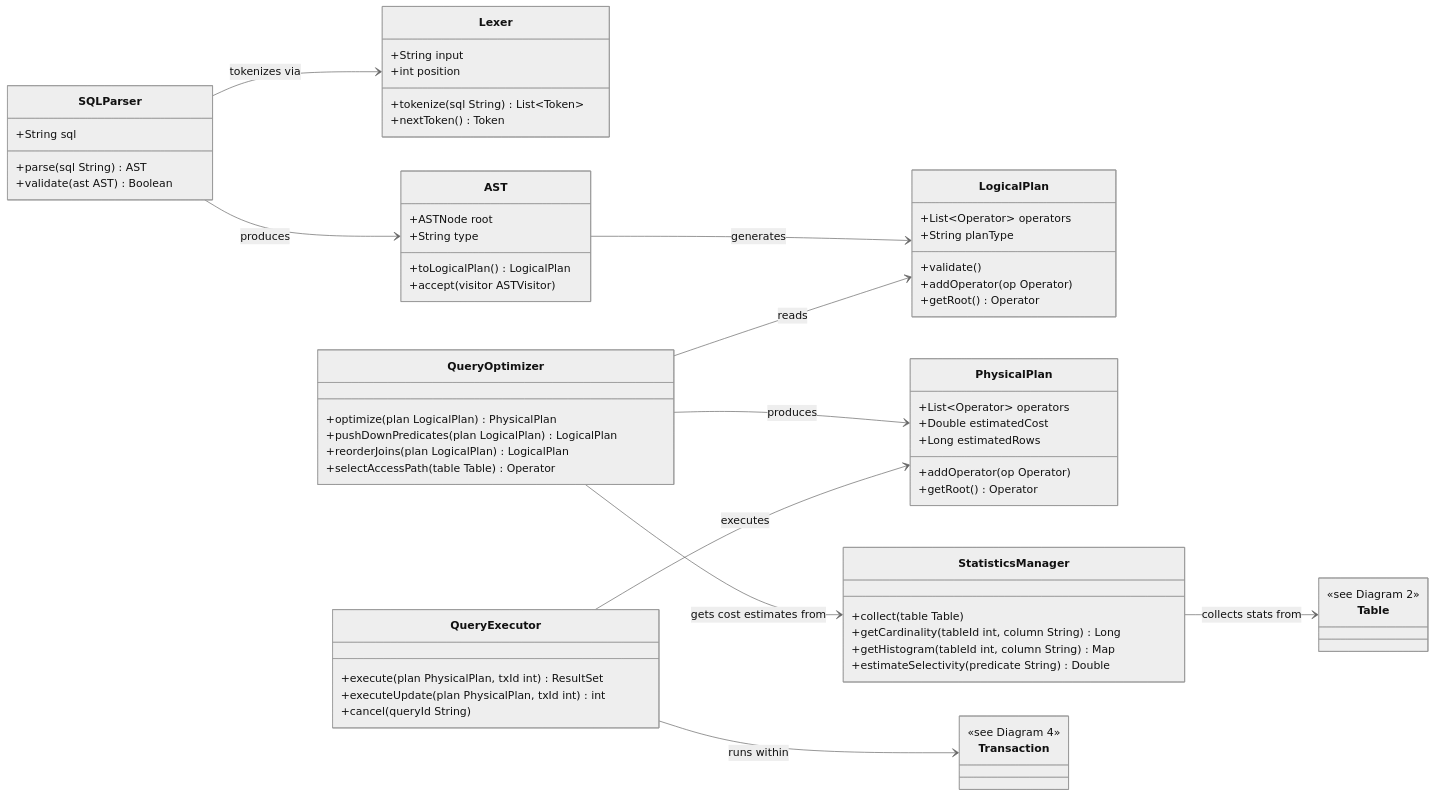
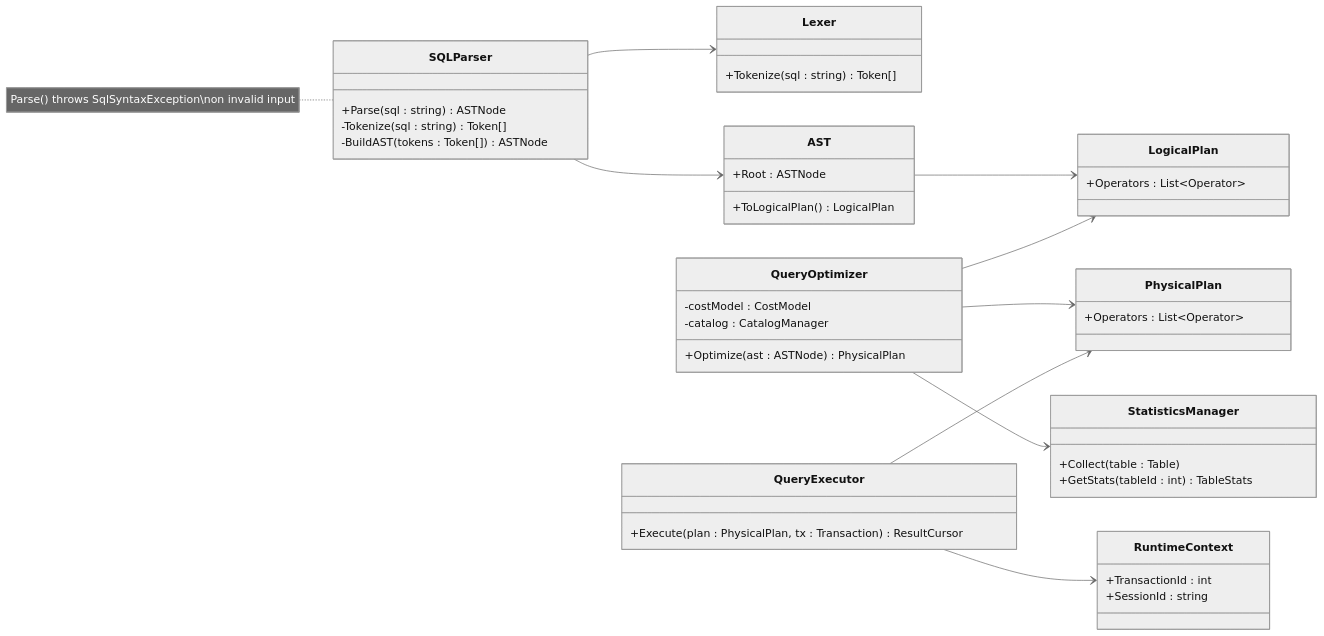
Before and after one commit to Hagiakhanh/bbv-dbms: the seventh of 9 diagrams in README.md, drawn with Mermaid (neutral theme). The commit also changed other lines of this file, not shown here.

Commit message:
list integration test

````diff
--- a/README.md
+++ b/README.md
@@ -601,78 +1123,47 @@
 ```mermaid
 classDiagram
 direction LR
-
-    class SQLParser {
-        +String sql
-        +parse(sql String) AST
-        +validate(ast AST) Boolean
-    }
-
-    class Lexer {
-        +String input
-        +int position
-        +tokenize(sql String) List~Token~
-        +nextToken() Token
-    }
-
-    class AST {
-        +ASTNode root
-        +String type
-        +toLogicalPlan() LogicalPlan
-        +accept(visitor ASTVisitor)
-    }
-
-    class LogicalPlan {
-        +List~Operator~ operators
-        +String planType
-        +validate()
-        +addOperator(op Operator)
-        +getRoot() Operator
-    }
-
-    class PhysicalPlan {
-        +List~Operator~ operators
-        +Double estimatedCost
-        +Long estimatedRows
-        +addOperator(op Operator)
-        +getRoot() Operator
-    }
-
-    class QueryOptimizer {
-        +optimize(plan LogicalPlan) PhysicalPlan
-        +pushDownPredicates(plan LogicalPlan) LogicalPlan
-        +reorderJoins(plan LogicalPlan) LogicalPlan
-        +selectAccessPath(table Table) Operator
-    }
-
-    class QueryExecutor {
-        +execute(plan PhysicalPlan, txId int) ResultSet
-        +executeUpdate(plan PhysicalPlan, txId int) int
-        +cancel(queryId String)
-    }
-
-    class StatisticsManager {
-        +collect(table Table)
-        +getCardinality(tableId int, column String) Long
-        +getHistogram(tableId int, column String) Map
-        +estimateSelectivity(predicate String) Double
-    }
-
-    class Table {
-        <<see Diagram 2>>
-    }
-
-    class Transaction {
-        <<see Diagram 4>>
-    }
-
-    SQLParser --> Lexer              : tokenizes via
-    SQLParser --> AST                : produces
-    AST --> LogicalPlan              : generates
-    QueryOptimizer --> LogicalPlan   : reads
-    QueryOptimizer --> PhysicalPlan  : produces
-    QueryOptimizer --> StatisticsManager : gets cost estimates from
-    StatisticsManager --> Table      : collects stats from
-    QueryExecutor --> PhysicalPlan   : executes
-    QueryExecutor --> Transaction    : runs within
+class SQLParser {
+    +Parse(sql : string) ASTNode
+    -Tokenize(sql : string) Token[]
+    -BuildAST(tokens : Token[]) ASTNode
+}
+note for SQLParser "Parse() throws SqlSyntaxException\non invalid input"
+class Lexer {
+    +Tokenize(sql : string) Token[]
+}
+class AST {
+    +Root : ASTNode
+    +ToLogicalPlan() LogicalPlan
+}
+class QueryOptimizer {
+    -costModel : CostModel
+    -catalog : CatalogManager
+    +Optimize(ast : ASTNode) PhysicalPlan
+}
+class LogicalPlan {
+    +Operators : List~Operator~
+}
+class PhysicalPlan {
+    +Operators : List~Operator~
+}
+class StatisticsManager {
+    +Collect(table : Table)
+    +GetStats(tableId : int) TableStats
+}
+class QueryExecutor {
+    +Execute(plan : PhysicalPlan, tx : Transaction) ResultCursor
+}
+class RuntimeContext {
+    +TransactionId : int
+    +SessionId : string
+}
+SQLParser --> Lexer
+SQLParser --> AST
+AST --> LogicalPlan
+QueryOptimizer --> LogicalPlan
+QueryOptimizer --> PhysicalPlan
+QueryOptimizer --> StatisticsManager
+QueryExecutor --> PhysicalPlan
+QueryExecutor --> RuntimeContext
 ```
````
